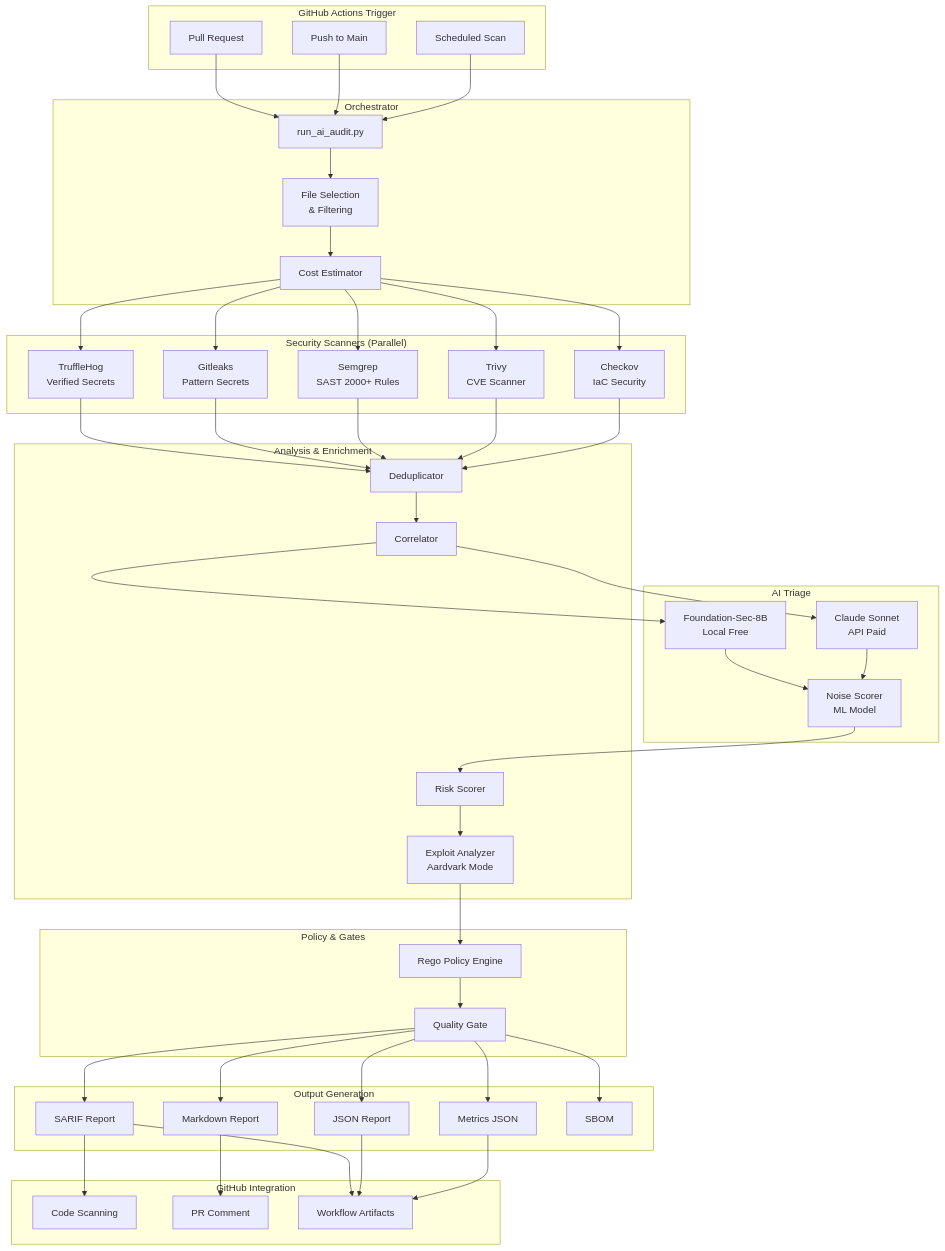
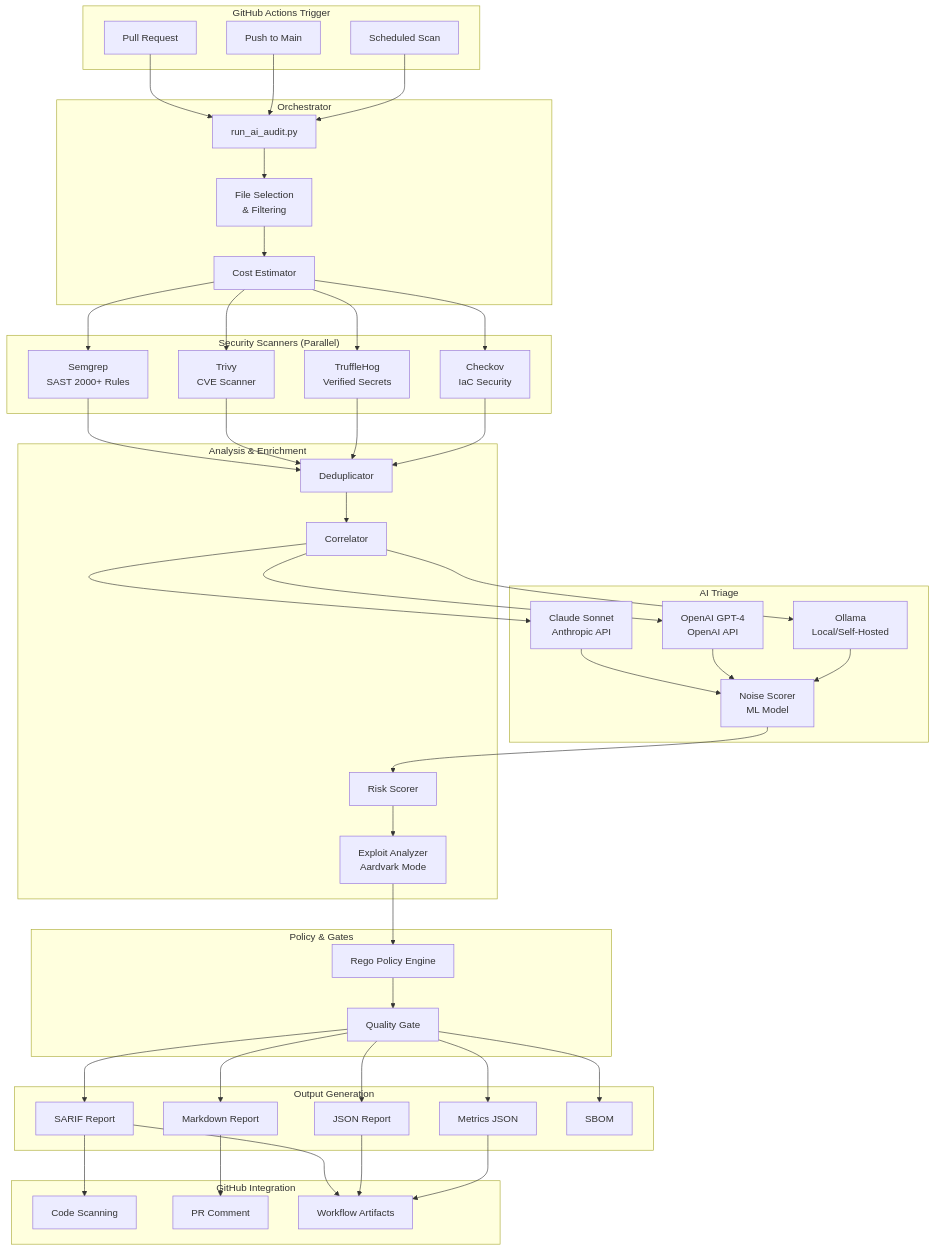
Before and after one commit to securedotcom/agent-os-action: the diagram in docs/architecture/overview.md, drawn with Mermaid. The commit also changed other lines of this file and 37 other files, not shown here.

```diff
--- a/docs/architecture/overview.md
+++ b/docs/architecture/overview.md
@@ -42,16 +42,16 @@
     end
     
     subgraph "Security Scanners (Parallel)"
-        TH[TruffleHog<br/>Verified Secrets]
-        GL[Gitleaks<br/>Pattern Secrets]
         SG[Semgrep<br/>SAST 2000+ Rules]
         TV[Trivy<br/>CVE Scanner]
+        TH[TruffleHog<br/>Verified Secrets]
         CK[Checkov<br/>IaC Security]
     end
-    
+
     subgraph "AI Triage"
-        FS[Foundation-Sec-8B<br/>Local Free]
-        Claude[Claude Sonnet<br/>API Paid]
+        Claude[Claude Sonnet<br/>Anthropic API]
+        OpenAI[OpenAI GPT-4<br/>OpenAI API]
+        Ollama[Ollama<br/>Local/Self-Hosted]
         NoiseScorer[Noise Scorer<br/>ML Model]
     end
     
@@ -88,24 +88,24 @@
     Main --> FileSelector
     FileSelector --> CostEstimator
     
-    CostEstimator --> TH
-    CostEstimator --> GL
     CostEstimator --> SG
     CostEstimator --> TV
+    CostEstimator --> TH
     CostEstimator --> CK
-    
-    TH --> Dedup
-    GL --> Dedup
+
     SG --> Dedup
     TV --> Dedup
+    TH --> Dedup
     CK --> Dedup
-    
+
     Dedup --> Correlator
-    Correlator --> FS
     Correlator --> Claude
-    
-    FS --> NoiseScorer
+    Correlator --> OpenAI
+    Correlator --> Ollama
+
     Claude --> NoiseScorer
+    OpenAI --> NoiseScorer
+    Ollama --> NoiseScorer
     
     NoiseScorer --> RiskScorer
     RiskScorer --> ExploitAnalyzer
```
